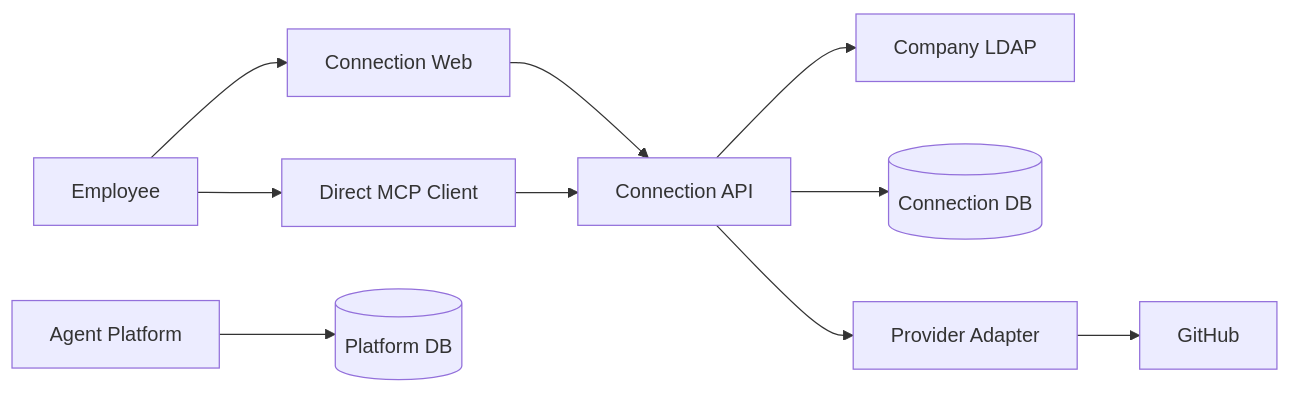
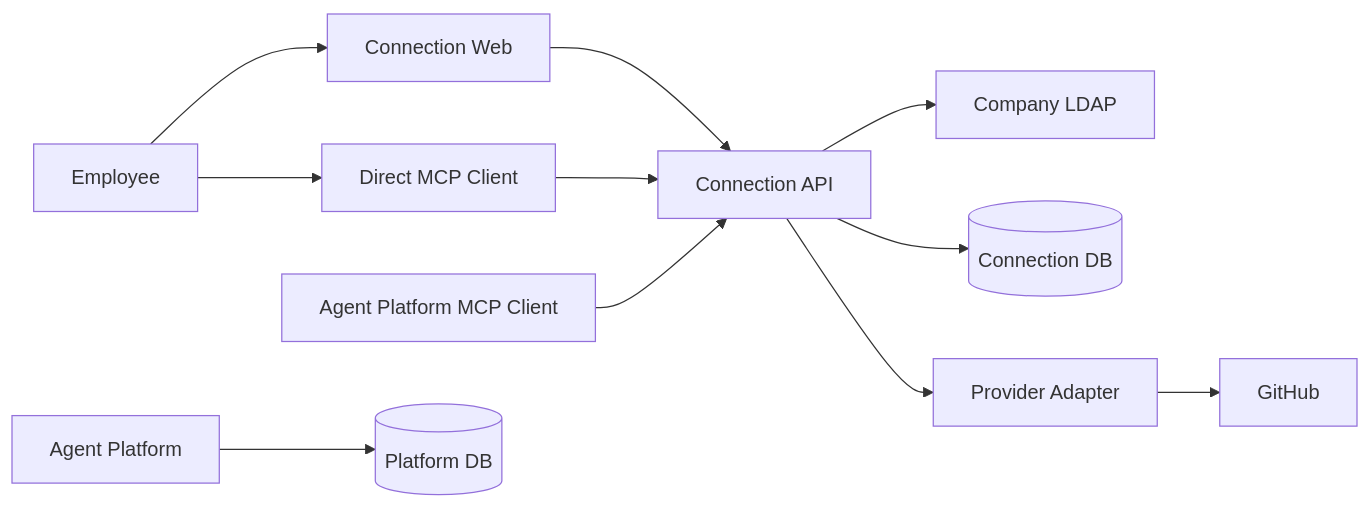
Before and after one commit to AgoraIO-Extensions/agent-infra: the first of 2 diagrams in docs/architecture/HLD-connection-M1.md, drawn with Mermaid. The commit also changed other lines of this file and 2 other files, not shown here.

````diff
--- a/docs/architecture/HLD-connection-M1.md
+++ b/docs/architecture/HLD-connection-M1.md
@@ -20,12 +20,13 @@
 ```mermaid
 flowchart LR
     U[Employee] --> CW[Connection Web]
     U --> MC[Direct MCP Client]
     CW --> CA[Connection API]
     MC --> CA
     CA --> LDAP[Company LDAP]
     CA --> CD[(Connection DB)]
     CA --> K[Provider Adapter]
     K --> GH[GitHub]
+    AR[Agent Platform MCP Client] --> CA
     AP[Agent Platform] --> PD[(Platform DB)]
 ```
````
